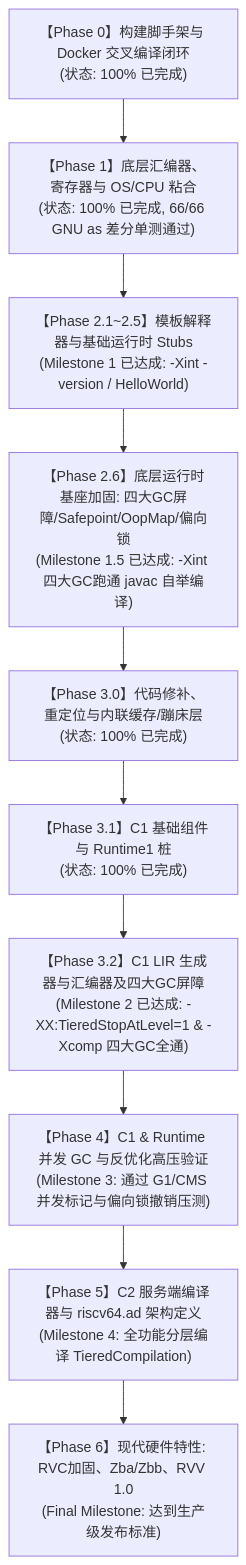
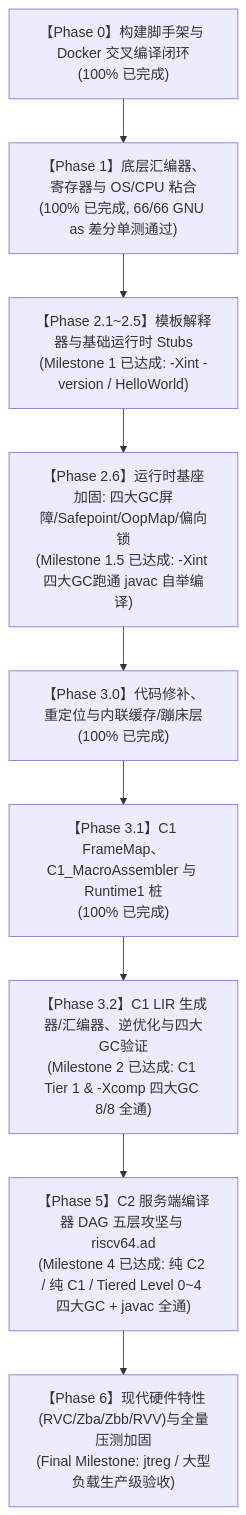
The first of 2 diagrams in docs/04-ROADMAP-AND-MILESTONES.md (jiapiat232/riscv-port-jdk8u), drawn with Mermaid before and after one commit. The commit also changed other lines of this file and 23 other files, not shown here.

Commit message:
feat(riscv64/c2): complete Phase 5 C2 server compiler, riscv.ad & TieredCompilation (Milestone 4)

````diff
--- a/docs/04-ROADMAP-AND-MILESTONES.md
+++ b/docs/04-ROADMAP-AND-MILESTONES.md
@@ -25,15 +41,14 @@
 ```mermaid
 flowchart TD
-    P0["【Phase 0】构建脚手架与 Docker 交叉编译闭环<br/>(状态: 100% 已完成)"]
-    P1["【Phase 1】底层汇编器、寄存器与 OS/CPU 粘合<br/>(状态: 100% 已完成, 66/66 GNU as 差分单测通过)"]
+    P0["【Phase 0】构建脚手架与 Docker 交叉编译闭环<br/>(100% 已完成)"]
+    P1["【Phase 1】底层汇编器、寄存器与 OS/CPU 粘合<br/>(100% 已完成, 66/66 GNU as 差分单测通过)"]
     P2_1["【Phase 2.1~2.5】模板解释器与基础运行时 Stubs<br/>(Milestone 1 已达成: -Xint -version / HelloWorld)"]
-    P2_6["【Phase 2.6】底层运行时基座加固: 四大GC屏障/Safepoint/OopMap/偏向锁<br/>(Milestone 1.5 已达成: -Xint 四大GC跑通 javac 自举编译)"]
-    P3_0["【Phase 3.0】代码修补、重定位与内联缓存/蹦床层<br/>(状态: 100% 已完成)"]
-    P3_1["【Phase 3.1】C1 基础组件与 Runtime1 桩<br/>(状态: 100% 已完成)"]
-    P3_2["【Phase 3.2】C1 LIR 生成器与汇编器及四大GC屏障<br/>(Milestone 2 已达成: -XX:TieredStopAtLevel=1 & -Xcomp 四大GC全通)"]
-    P4["【Phase 4】C1 & Runtime 并发 GC 与反优化高压验证<br/>(Milestone 3: 通过 G1/CMS 并发标记与偏向锁撤销压测)"]
-    P5["【Phase 5】C2 服务端编译器与 riscv64.ad 架构定义<br/>(Milestone 4: 全功能分层编译 TieredCompilation)"]
-    P6["【Phase 6】现代硬件特性: RVC加固、Zba/Zbb、RVV 1.0<br/>(Final Milestone: 达到生产级发布标准)"]
+    P2_6["【Phase 2.6】运行时基座加固: 四大GC屏障/Safepoint/OopMap/偏向锁<br/>(Milestone 1.5 已达成: -Xint 四大GC跑通 javac 自举编译)"]
+    P3_0["【Phase 3.0】代码修补、重定位与内联缓存/蹦床层<br/>(100% 已完成)"]
+    P3_1["【Phase 3.1】C1 FrameMap、C1_MacroAssembler 与 Runtime1 桩<br/>(100% 已完成)"]
+    P3_2["【Phase 3.2】C1 LIR 生成器/汇编器、逆优化与四大GC验证<br/>(Milestone 2 已达成: C1 Tier 1 & -Xcomp 四大GC 8/8 全通)"]
+    P5["【Phase 5】C2 服务端编译器 DAG 五层攻坚与 riscv64.ad<br/>(Milestone 4 已达成: 纯 C2 / 纯 C1 / Tiered Level 0~4 四大GC + javac 全通)"]
+    P6["【Phase 6】现代硬件特性(RVC/Zba/Zbb/RVV)与全量压测加固<br/>(Final Milestone: jtreg / 大型负载生产级验收)"]
 
-    P0 --> P1 --> P2_1 --> P2_6 --> P3_0 --> P3_1 --> P3_2 --> P4 --> P5 --> P6
+    P0 --> P1 --> P2_1 --> P2_6 --> P3_0 --> P3_1 --> P3_2 --> P5 --> P6
 ```
````
